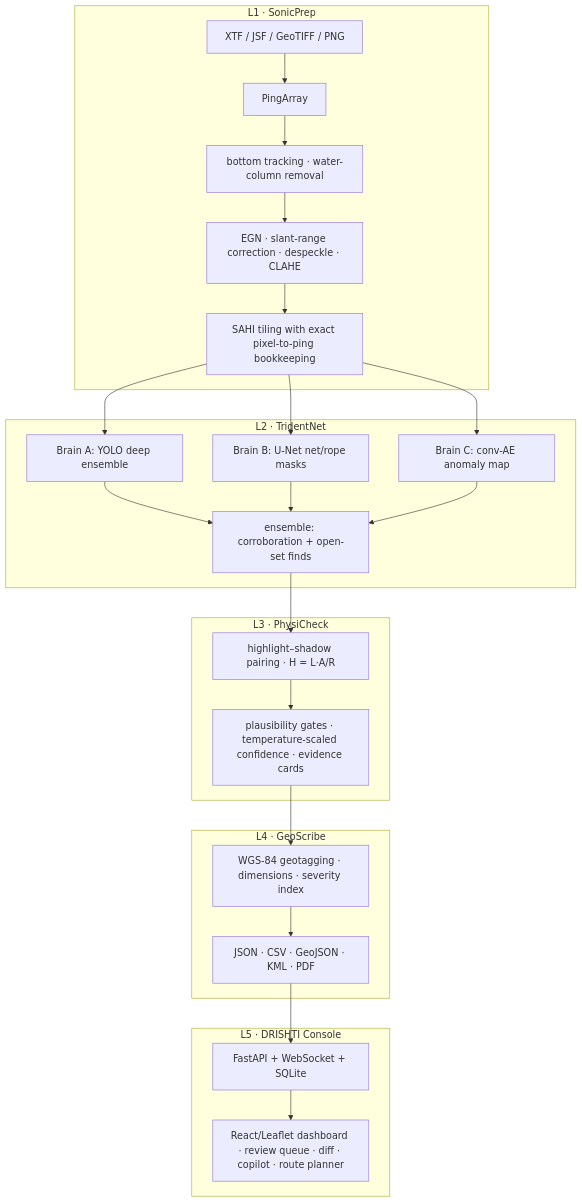
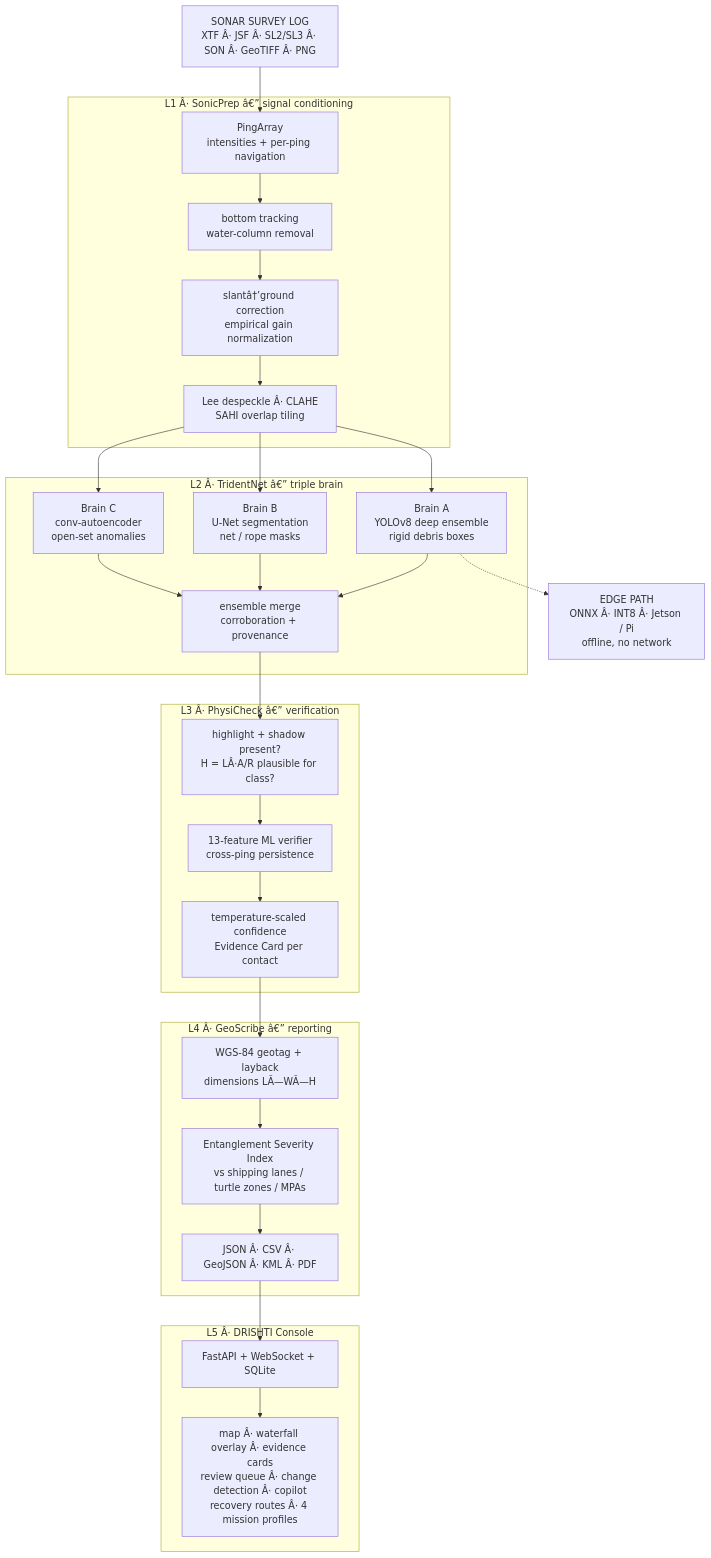
Before and after one commit to SUBASH-R-007/SAGAR-NETRA: the diagram in README.md, drawn with Mermaid. The commit also changed other lines of this file and 7 other files, not shown here.

````diff
--- a/README.md
+++ b/README.md
@@ -20,27 +67,38 @@
 ```mermaid
 flowchart TD
-    subgraph L1["L1 · SonicPrep"]
-        A[XTF / JSF / GeoTIFF / PNG] --> B[PingArray]
-        B --> C[bottom tracking · water-column removal]
-        C --> D[EGN · slant-range correction · despeckle · CLAHE]
-        D --> E[SAHI tiling with exact pixel-to-ping bookkeeping]
+    A["SONAR SURVEY LOG<br/>XTF Â· JSF Â· SL2/SL3 Â· SON Â· GeoTIFF Â· PNG"] --> B
+
+    subgraph L1["L1 Â· SonicPrep â€” signal conditioning"]
+        B["PingArray<br/>intensities + per-ping navigation"] --> C["bottom tracking<br/>water-column removal"]
+        C --> D["slantâ†’ground correction<br/>empirical gain normalization"]
+        D --> E["Lee despeckle Â· CLAHE<br/>SAHI overlap tiling"]
     end
-    subgraph L2["L2 · TridentNet"]
-        E --> F[Brain A: YOLO deep ensemble]
-        E --> G[Brain B: U-Net net/rope masks]
-        E --> H[Brain C: conv-AE anomaly map]
-        F & G & H --> I[ensemble: corroboration + open-set finds]
+
+    subgraph L2["L2 Â· TridentNet â€” triple brain"]
+        E --> F["Brain A<br/>YOLOv8 deep ensemble<br/>rigid debris boxes"]
+        E --> G["Brain B<br/>U-Net segmentation<br/>net / rope masks"]
+        E --> H["Brain C<br/>conv-autoencoder<br/>open-set anomalies"]
+        F --> I["ensemble merge<br/>corroboration + provenance"]
+        G --> I
+        H --> I
     end
-    subgraph L3["L3 · PhysiCheck"]
-        I --> J[highlight–shadow pairing · H = L·A/R]
-        J --> K[plausibility gates · temperature-scaled confidence · evidence cards]
+
+    subgraph L3["L3 Â· PhysiCheck â€” verification"]
+        I --> J["highlight + shadow present?<br/>H = LÂ·A/R plausible for class?"]
+        J --> K["13-feature ML verifier<br/>cross-ping persistence"]
+        K --> L["temperature-scaled confidence<br/>Evidence Card per contact"]
     end
-    subgraph L4["L4 · GeoScribe"]
-        K --> L[WGS-84 geotagging · dimensions · severity index]
-        L --> M[JSON · CSV · GeoJSON · KML · PDF]
+
+    subgraph L4["L4 Â· GeoScribe â€” reporting"]
+        L --> M["WGS-84 geotag + layback<br/>dimensions LÃ—WÃ—H"]
+        M --> N["Entanglement Severity Index<br/>vs shipping lanes / turtle zones / MPAs"]
+        N --> O["JSON Â· CSV Â· GeoJSON Â· KML Â· PDF"]
     end
-    subgraph L5["L5 · DRISHTI Console"]
-        M --> N[FastAPI + WebSocket + SQLite]
-        N --> O[React/Leaflet dashboard · review queue · diff · copilot · route planner]
+
+    subgraph L5["L5 Â· DRISHTI Console"]
+        O --> P["FastAPI + WebSocket + SQLite"]
+        P --> Q["map Â· waterfall overlay Â· evidence cards<br/>review queue Â· change detection Â· copilot<br/>recovery routes Â· 4 mission profiles"]
     end
+
+    F -.-> R["EDGE PATH<br/>ONNX Â· INT8 Â· Jetson / Pi<br/>offline, no network"]
 ```
````
